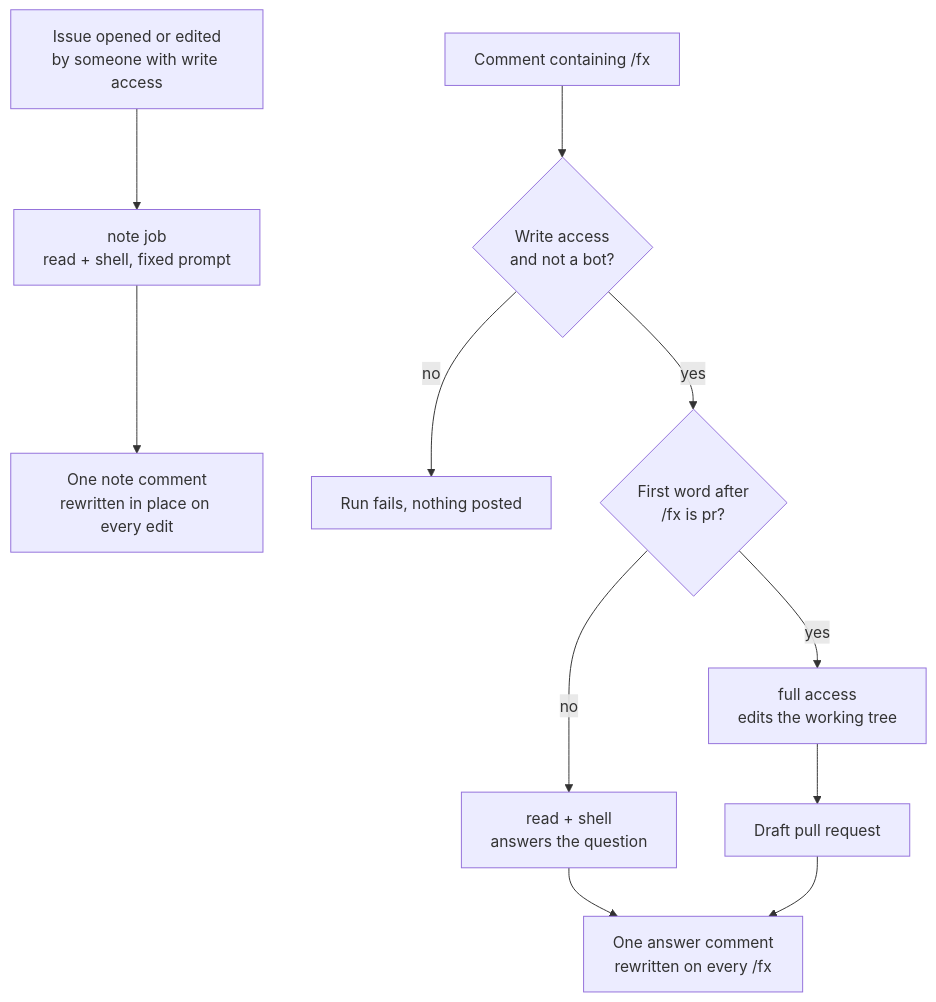
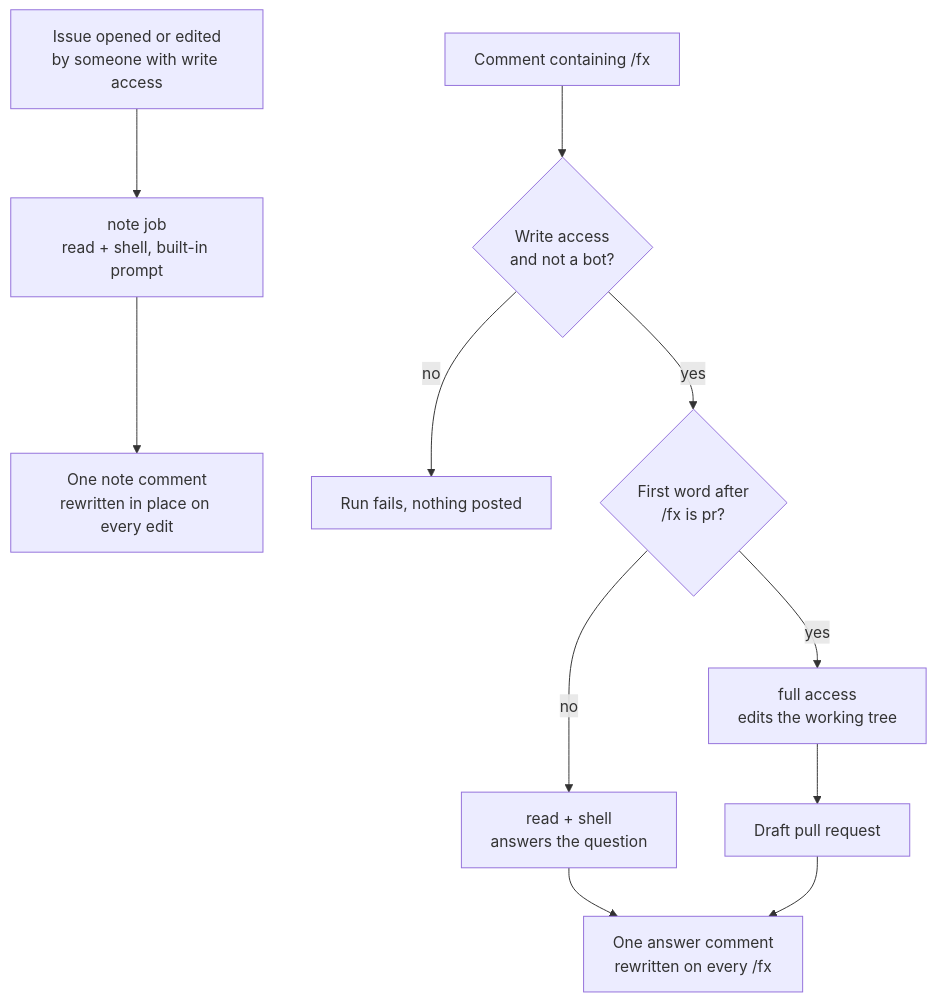
The diagram in README.md (khalido/fx-agent-action), drawn with Mermaid before and after one commit. The commit also changed other lines of this file and 8 other files, not shown here.

````diff
--- a/README.md
+++ b/README.md
@@ -46,12 +84,12 @@
 ```mermaid
 flowchart TD
-    I[Issue opened or edited<br/>by someone with write access] --> N[note job<br/>read + shell, fixed prompt]
+    I[Issue opened or edited<br/>by someone with write access] --> N[note job<br/>read + shell, built-in prompt]
     N --> NC[One note comment<br/>rewritten in place on every edit]
     C["Comment containing /fx"] --> G{Write access<br/>and not a bot?}
     G -- no --> X[Run fails, nothing posted]
     G -- yes --> V{First word after<br/>/fx is pr?}
     V -- no --> R[read + shell<br/>answers the question]
     V -- yes --> W[full access<br/>edits the working tree]
     R --> AC[One answer comment<br/>rewritten on every /fx]
     W --> PR[Draft pull request] --> AC
 ```
````
